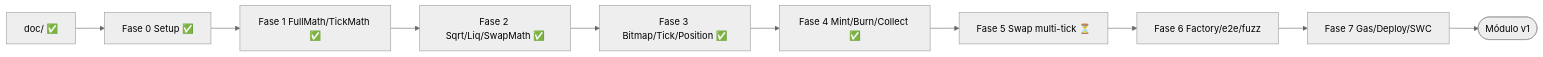
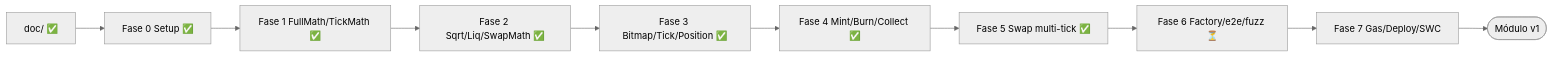
One commit to rastrahm/amm-v3-concentrated-liquidity changed the ninth of 9 diagrams in doc/flujograma.md. Above: the diagram before and after it, drawn with Mermaid (neutral theme). The commit also changed other lines of this file and 9 other files, not shown here.

Commit message:
Swap multi-tick + fee growth

````diff
--- a/doc/flujograma.md
+++ b/doc/flujograma.md
@@ -167,12 +167,12 @@
 ```mermaid
 flowchart LR
     Doc[doc/ ✅] --> F0[Fase 0 Setup ✅]
     F0 --> F1[Fase 1 FullMath/TickMath ✅]
     F1 --> F2[Fase 2 Sqrt/Liq/SwapMath ✅]
     F2 --> F3[Fase 3 Bitmap/Tick/Position ✅]
     F3 --> F4[Fase 4 Mint/Burn/Collect ✅]
-    F4 --> F5[Fase 5 Swap multi-tick ⏳]
-    F5 --> F6[Fase 6 Factory/e2e/fuzz]
+    F4 --> F5[Fase 5 Swap multi-tick ✅]
+    F5 --> F6[Fase 6 Factory/e2e/fuzz ⏳]
     F6 --> F7[Fase 7 Gas/Deploy/SWC]
     F7 --> Done([Módulo v1])
 ```
````
